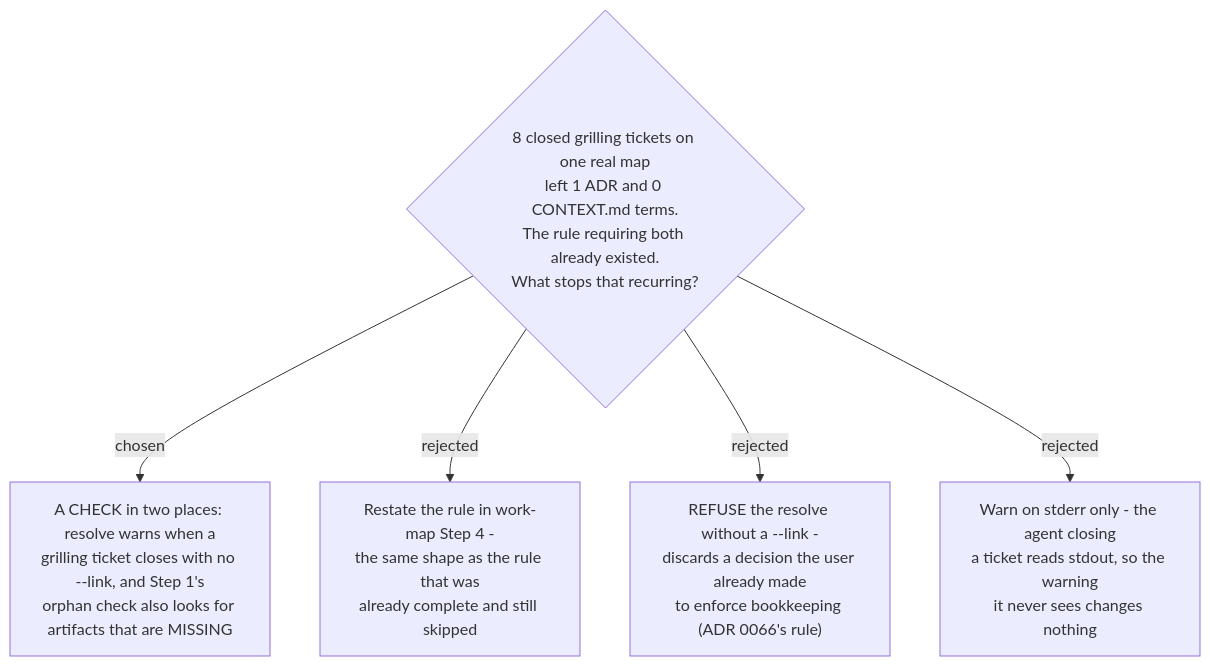
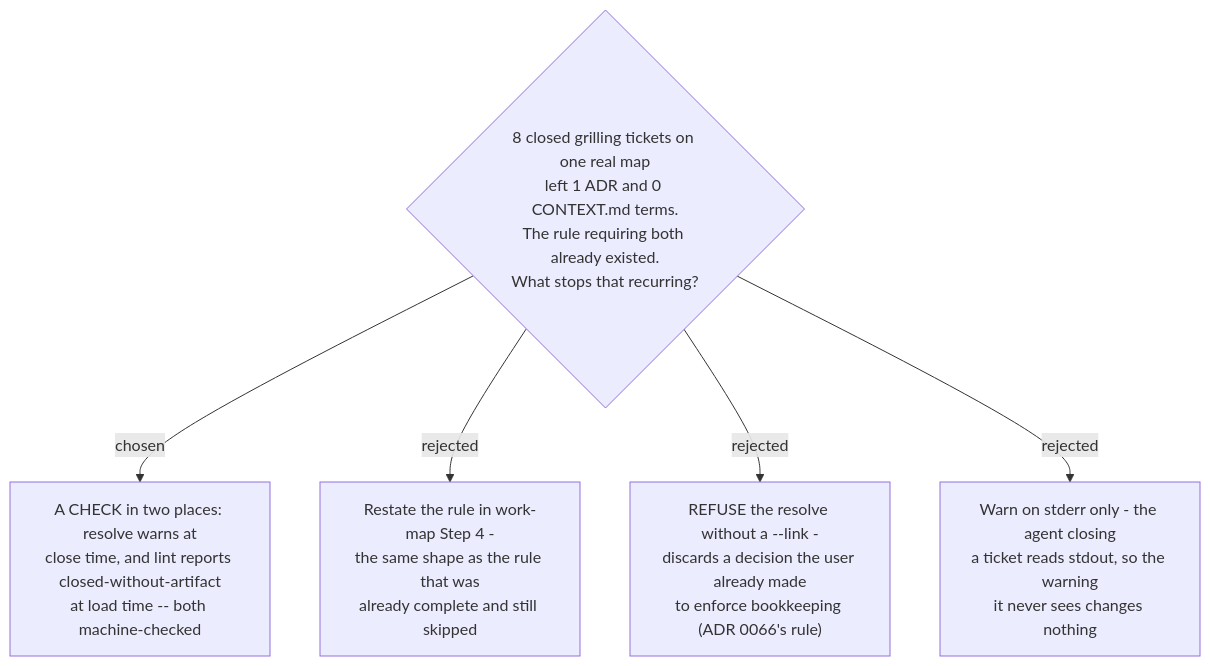
One commit to ThodsaphonSonthiphin/workflow-daily-work changed the diagram in docs/adr/0091-a-closed-grilling-ticket-is-checked-for-its-artifact-at-close-time-and-at-load-time.md. Above: the diagram before and after it, drawn with Mermaid. The commit also changed other lines of this file and 5 other files, not shown here.

First line of the commit message:
fix(decision-map): move the artifact check into lint, default a missing type (ADR 0091)

````diff
--- a/docs/adr/0091-a-closed-grilling-ticket-is-checked-for-its-artifact-at-close-time-and-at-load-time.md
+++ b/docs/adr/0091-a-closed-grilling-ticket-is-checked-for-its-artifact-at-close-time-and-at-load-time.md
@@ -6,8 +6,8 @@
 ```mermaid
 flowchart TD
     Q{"8 closed grilling tickets on one real map<br/>left 1 ADR and 0 CONTEXT.md terms.<br/>The rule requiring both already existed.<br/>What stops that recurring?"}
-    Q -->|chosen| A["A CHECK in two places: resolve warns when a<br/>grilling ticket closes with no --link, and Step 1's<br/>orphan check also looks for artifacts that are MISSING"]
+    Q -->|chosen| A["A CHECK in two places: resolve warns at<br/>close time, and lint reports closed-without-artifact<br/>at load time -- both machine-checked"]
     Q -->|rejected| B["Restate the rule in work-map Step 4 -<br/>the same shape as the rule that was<br/>already complete and still skipped"]
     Q -->|rejected| C["REFUSE the resolve without a --link -<br/>discards a decision the user already made<br/>to enforce bookkeeping (ADR 0066's rule)"]
     Q -->|rejected| D["Warn on stderr only - the agent closing<br/>a ticket reads stdout, so the warning<br/>it never sees changes nothing"]
 ```
````
